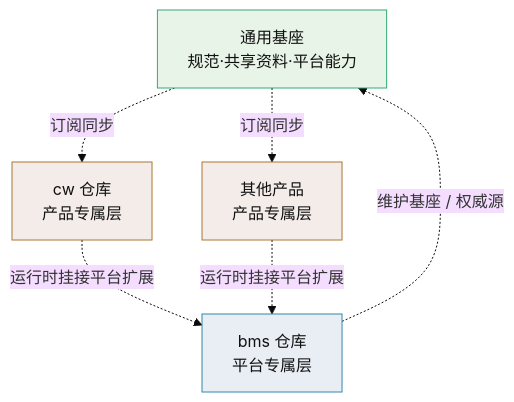
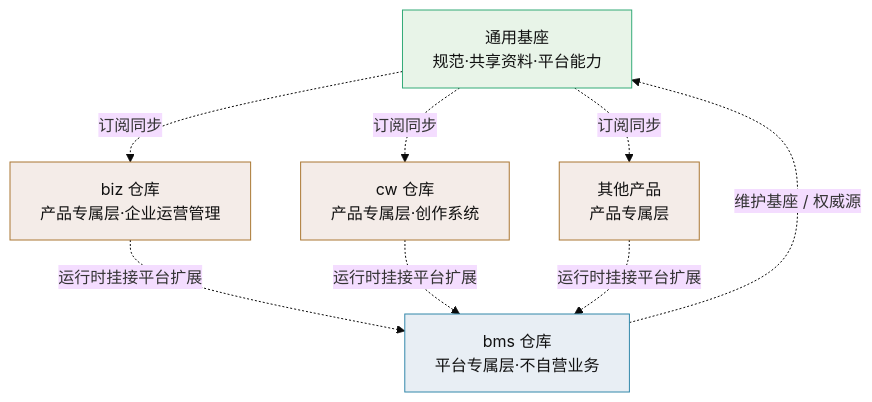
The diagram in 文档/规划/平台可扩展性规划.md (minjian123/basic-management-system), drawn with Mermaid (base theme) before and after one commit. The commit also changed other lines of this file and 4 other files, not shown here.

````diff
--- a/文档/规划/平台可扩展性规划.md
+++ b/文档/规划/平台可扩展性规划.md
@@ -61,15 +64,18 @@
 ```mermaid
 flowchart TB
     BASE[通用基座<br/>规范·共享资料·平台能力]:::base
-    PLAT[bms 仓库<br/>平台专属层]:::plat
-    P1[cw 仓库<br/>产品专属层]:::prod
-    P2[其他产品<br/>产品专属层]:::prod
+    PLAT[bms 仓库<br/>平台专属层·不自营业务]:::plat
+    P1[biz 仓库<br/>产品专属层·企业运营管理]:::prod
+    P2[cw 仓库<br/>产品专属层·创作系统]:::prod
+    P3[其他产品<br/>产品专属层]:::prod
     PLAT -. "维护基座 / 权威源" .-> BASE
     BASE -. "订阅同步" .-> P1
     BASE -. "订阅同步" .-> P2
+    BASE -. "订阅同步" .-> P3
     P1 -. "运行时挂接平台扩展" .-> PLAT
     P2 -. "运行时挂接平台扩展" .-> PLAT
+    P3 -. "运行时挂接平台扩展" .-> PLAT
     classDef base fill:#e8f4e8,stroke:#3a7,color:#111
     classDef plat fill:#e8eef4,stroke:#38a,color:#111
     classDef prod fill:#f4ece8,stroke:#a73,color:#111
 ```
````
